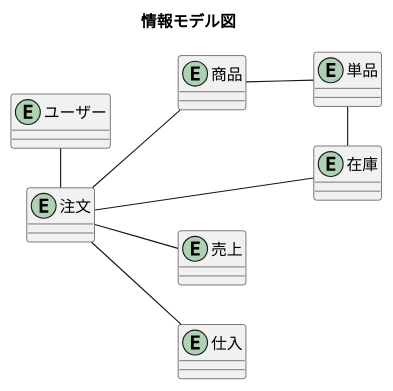
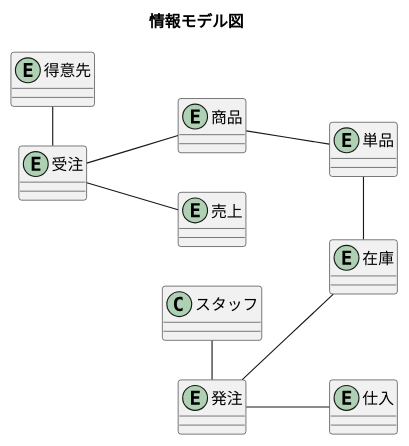
Diagram 33 of 39 in docs/index.adoc (k2works/application_programing_excercise_2022), drawn with PlantUML before and after one commit. The commit also changed other lines of this file, not shown here.

```diff
--- a/docs/index.adoc
+++ b/docs/index.adoc
@@ -1039,26 +1054,28 @@
 [plantuml]
 ----
 @startuml
 
 title 情報モデル図
 
 left to right direction
 
-entity ユーザー
+entity 得意先
 entity 商品
 entity 単品
-entity 注文
+entity 受注
+entity 発注
 entity 在庫
 entity 売上
 entity 仕入
 
-ユーザー - 注文
-注文 -- 商品
+得意先 - 受注
+受注 -- 商品
 商品 -- 単品
 単品 - 在庫
-注文 -- 在庫
-注文 -- 売上
-注文 -- 仕入
+受注 -- 売上
+スタッフ - 発注
+発注 -- 在庫
+発注 -- 仕入
 
 @enduml
 ----
```
